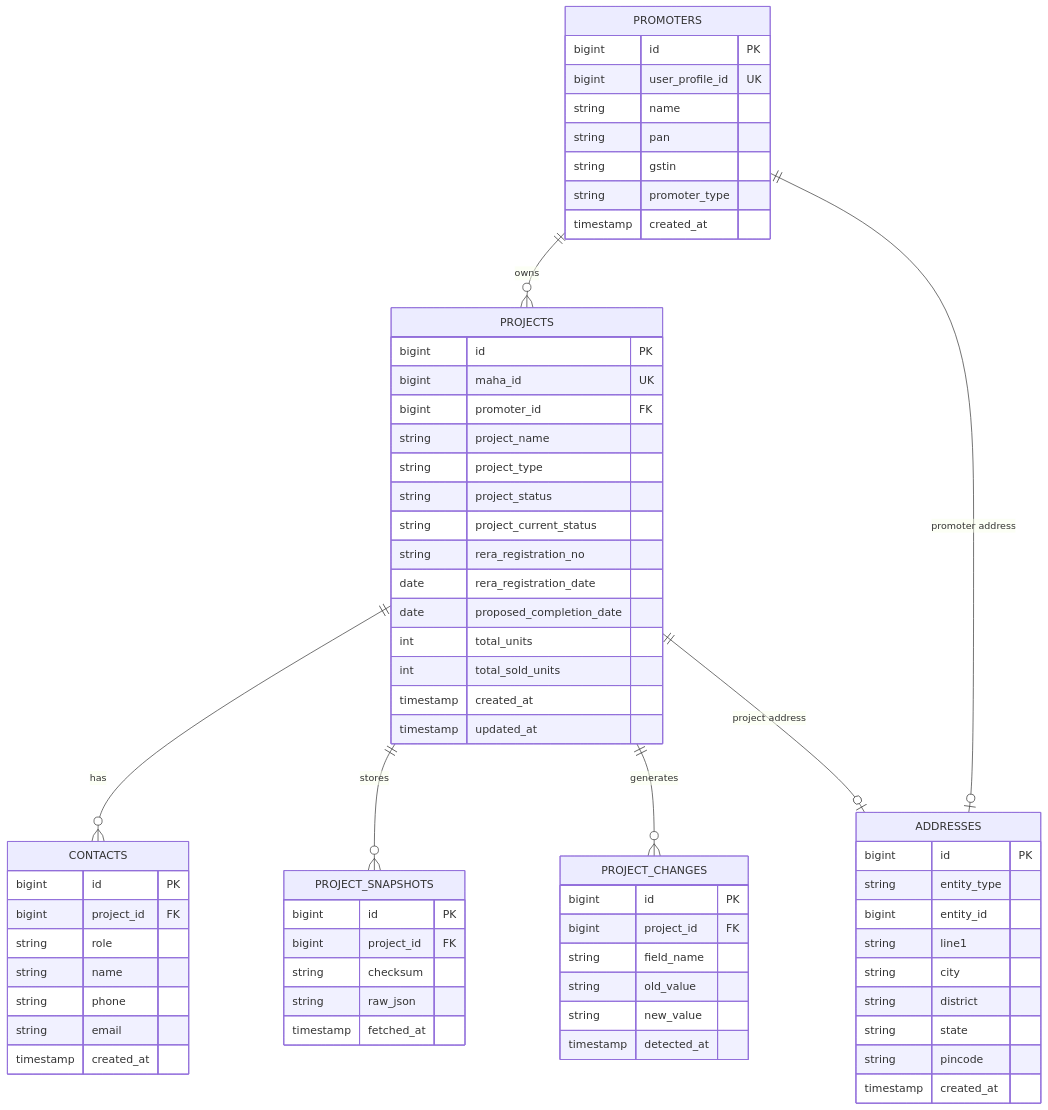
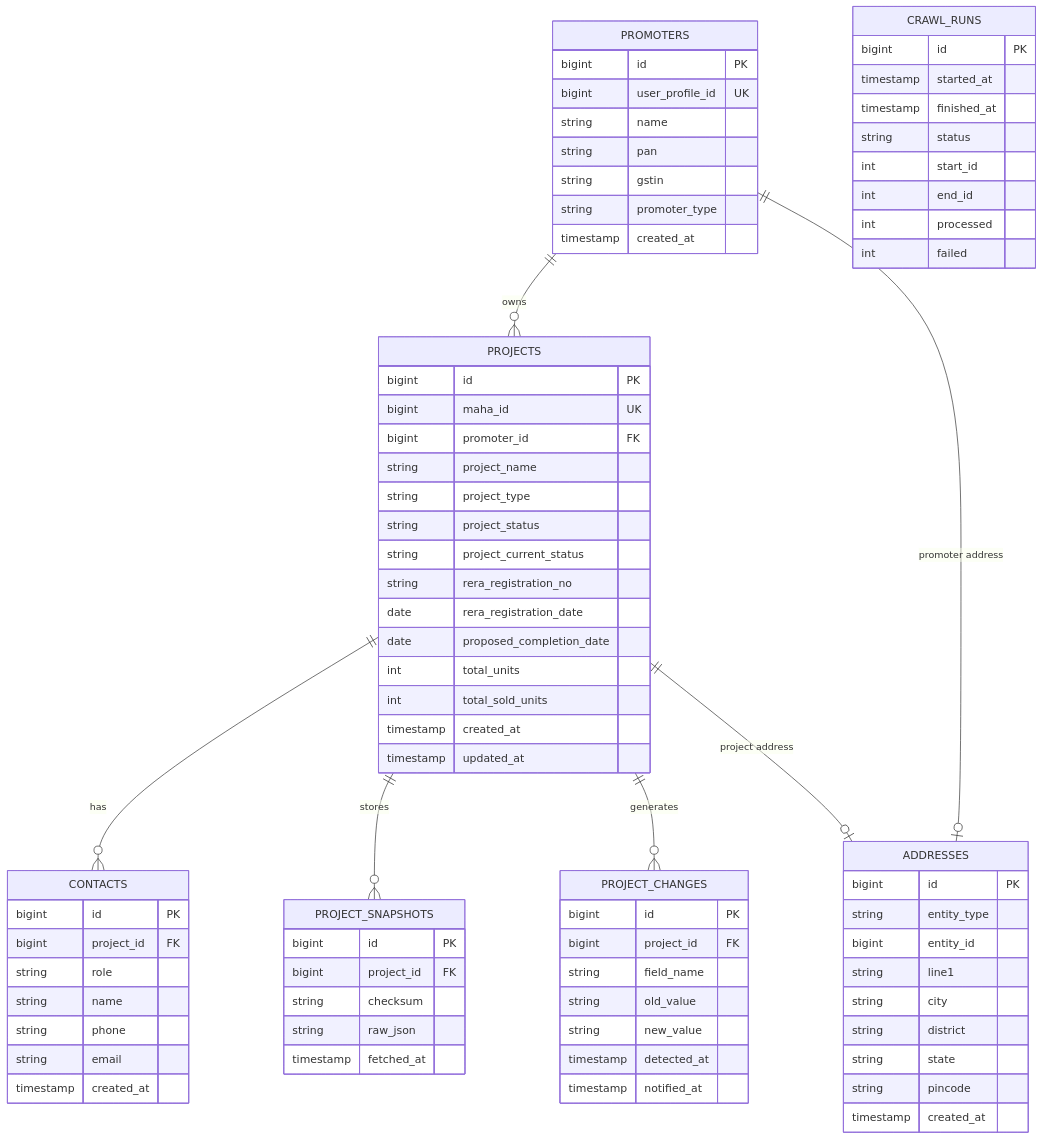
The third of 3 diagrams in README.md (AadithS13/InfraLens), drawn with Mermaid before and after one commit. The commit also changed other lines of this file and 12 other files, not shown here.

````diff
--- a/README.md
+++ b/README.md
@@ -62,70 +80,81 @@
 ```mermaid
 erDiagram
     PROMOTERS {
         bigint id PK
         bigint user_profile_id UK
         string name
         string pan
         string gstin
         string promoter_type
         timestamp created_at
     }
     PROJECTS {
         bigint id PK
         bigint maha_id UK
         bigint promoter_id FK
         string project_name
         string project_type
         string project_status
         string project_current_status
         string rera_registration_no
         date rera_registration_date
         date proposed_completion_date
         int total_units
         int total_sold_units
         timestamp created_at
         timestamp updated_at
     }
     CONTACTS {
         bigint id PK
         bigint project_id FK
         string role
         string name
         string phone
         string email
         timestamp created_at
     }
     PROJECT_SNAPSHOTS {
         bigint id PK
         bigint project_id FK
         string checksum
         string raw_json
         timestamp fetched_at
     }
     PROJECT_CHANGES {
         bigint id PK
         bigint project_id FK
         string field_name
         string old_value
         string new_value
         timestamp detected_at
+        timestamp notified_at
+    }
+    CRAWL_RUNS {
+        bigint id PK
+        timestamp started_at
+        timestamp finished_at
+        string status
+        int start_id
+        int end_id
+        int processed
+        int failed
     }
     ADDRESSES {
         bigint id PK
         string entity_type
         bigint entity_id
         string line1
         string city
         string district
         string state
         string pincode
         timestamp created_at
     }
 
     PROMOTERS ||--o{ PROJECTS : "owns"
     PROJECTS ||--o{ CONTACTS : "has"
     PROJECTS ||--o{ PROJECT_SNAPSHOTS : "stores"
     PROJECTS ||--o{ PROJECT_CHANGES : "generates"
     PROJECTS ||--o| ADDRESSES : "project address"
     PROMOTERS ||--o| ADDRESSES : "promoter address"
 ```
````
